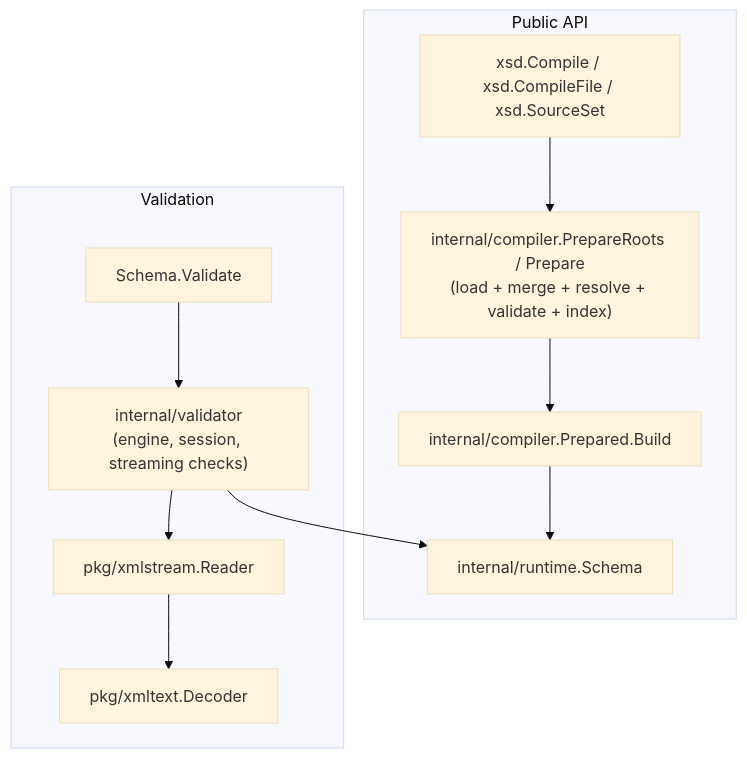
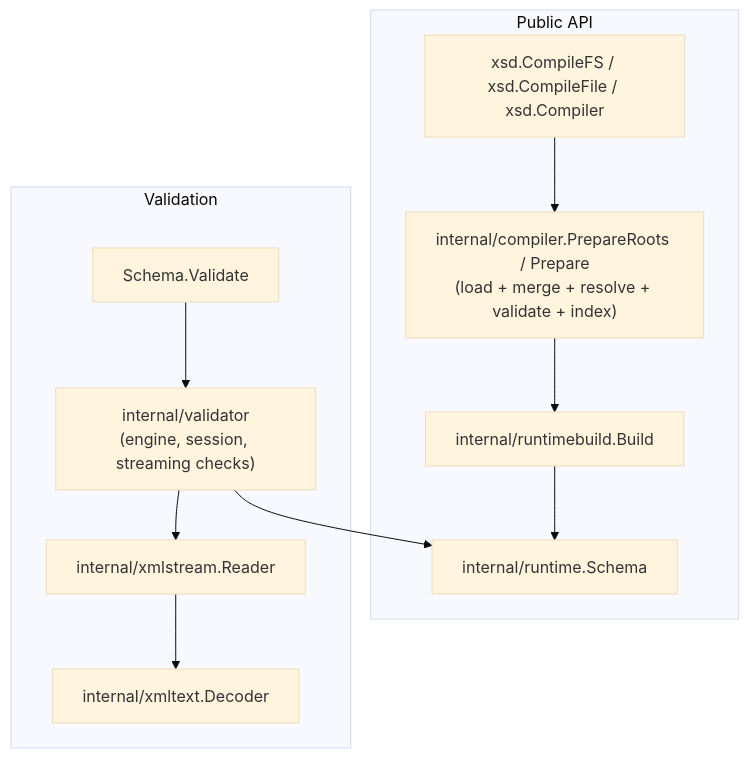
One commit to jacoelho/xsd changed the second of 5 diagrams in docs/architecture.md. Above: the diagram before and after it, drawn with Mermaid (base theme). The commit also changed other lines of this file and 817 other files, not shown here.

First line of the commit message:
Refactor/schema resolution boundaries (#83)

````diff
--- a/docs/architecture.md
+++ b/docs/architecture.md
@@ -47,12 +47,12 @@
 ```mermaid
 flowchart TD
   subgraph PublicAPI["Public API"]
-    Load["xsd.Compile / xsd.CompileFile / xsd.SourceSet"] --> Compile["internal/compiler.PrepareRoots / Prepare<br/>(load + merge + resolve + validate + index)"] --> Build["internal/compiler.Prepared.Build"] --> Runtime["internal/runtime.Schema"]
+    Load["xsd.CompileFS / xsd.CompileFile / xsd.Compiler"] --> Compile["internal/compiler.PrepareRoots / Prepare<br/>(load + merge + resolve + validate + index)"] --> Build["internal/runtimebuild.Build"] --> Runtime["internal/runtime.Schema"]
   end
   subgraph Validation
     Validate["Schema.Validate"] --> ValidatorPkg["internal/validator<br/>(engine, session, streaming checks)"]
     ValidatorPkg --> Runtime
-    ValidatorPkg --> XMLPkg["pkg/xmlstream.Reader"]
-    XMLPkg --> XMLText["pkg/xmltext.Decoder"]
+    ValidatorPkg --> XMLPkg["internal/xmlstream.Reader"]
+    XMLPkg --> XMLText["internal/xmltext.Decoder"]
   end
 ```
````
